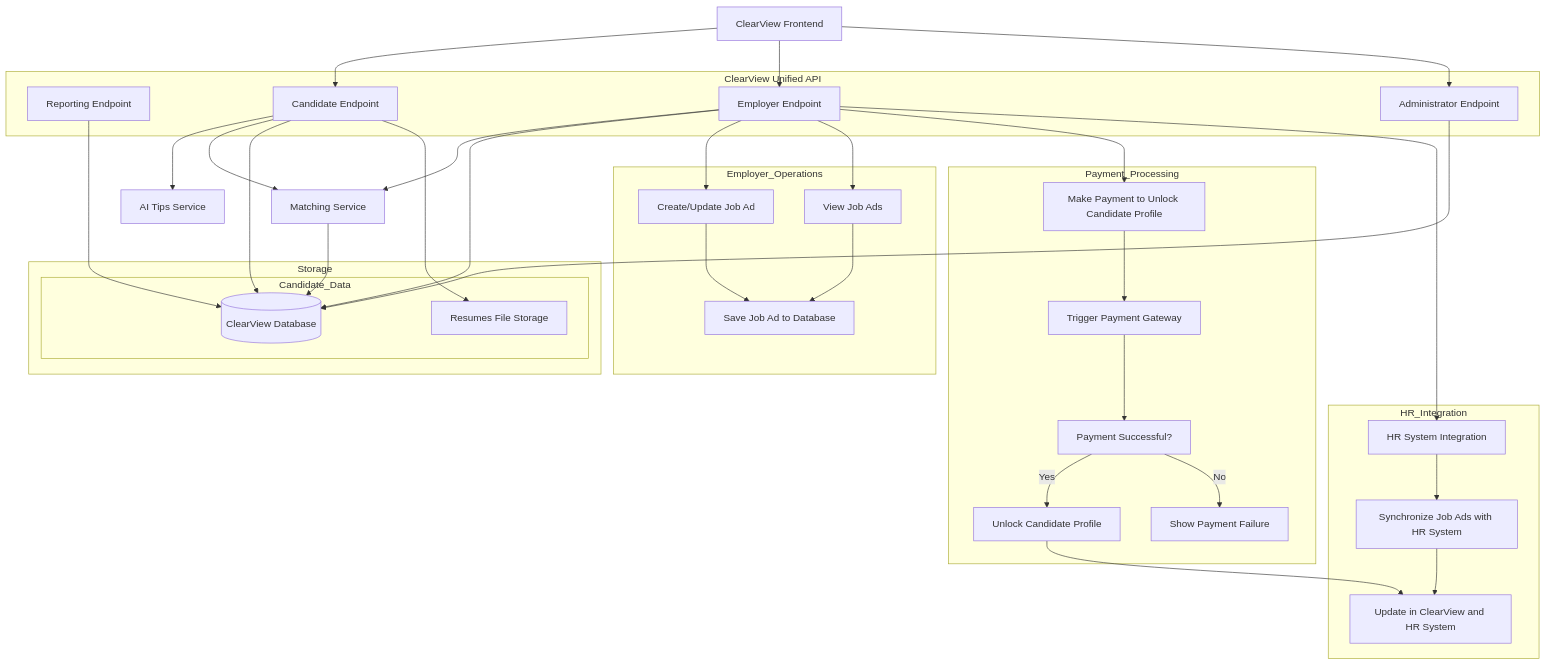
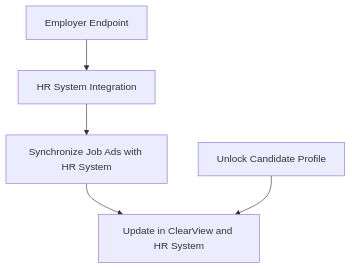
Before and after one commit to goranzoranovic2910/archkata2024: diagram 11 of 13 in README.md, drawn with Mermaid. The commit also changed other lines of this file and 1 other file, not shown here.

Commit message:
Restructuring integration diagram and adding detailed explanation

````diff
--- a/README.md
+++ b/README.md
@@ -644,55 +676,13 @@
 ```mermaid
 graph TD
-    A[ClearView Frontend]
-    I[Reporting Endpoint]
-    A --> C[Candidate Endpoint]
-    C --> S[AI Tips Service]
-    A --> D[Employer Endpoint]
-    A --> H[Administrator Endpoint]
-    C --> E[Matching Service]
-    D --> E
-    C --> J[(ClearView Database)]
-    D --> J
-    E --> J
-    I --> J
-    H --> J
-    C --> M[Resumes File Storage]
+    D[Employer Endpoint]
+    F1[HR System Integration]
+    F2[Synchronize Job Ads with HR System]
+    F3[Update in ClearView and HR System]
+    E4[Unlock Candidate Profile]
 
-    subgraph Storage
-        subgraph Candidate_Data
-            J
-            M
-        end
-        J
-    end
-
-    subgraph ClearView Unified API
-        C
-        D
-        H
-        I
-    end
-
-    %% Integration of the Employer and Payment module %%
-    subgraph Employer_Operations
-        D --> D1[Create/Update Job Ad]
-        D --> D2[View Job Ads]
-        D1 --> D3[Save Job Ad to Database]
-        D2 --> D3
-    end
-
-    subgraph Payment_Processing
-        D --> E1[Make Payment to Unlock Candidate Profile]
-        E1 --> E2[Trigger Payment Gateway]
-        E2 --> E3[Payment Successful?]
-        E3 -->|Yes| E4[Unlock Candidate Profile]
-        E3 -->|No| E5[Show Payment Failure]
-    end
-
-    subgraph HR_Integration
-        D --> F1[HR System Integration]
-        F1 --> F2[Synchronize Job Ads with HR System]
-        F2 --> F3[Update in ClearView and HR System]
-        E4 --> F3
-    end
+    D --> F1[HR System Integration]
+    F1 --> F2[Synchronize Job Ads with HR System]
+    F2 --> F3[Update in ClearView and HR System]
+    E4 --> F3
 ```
````
